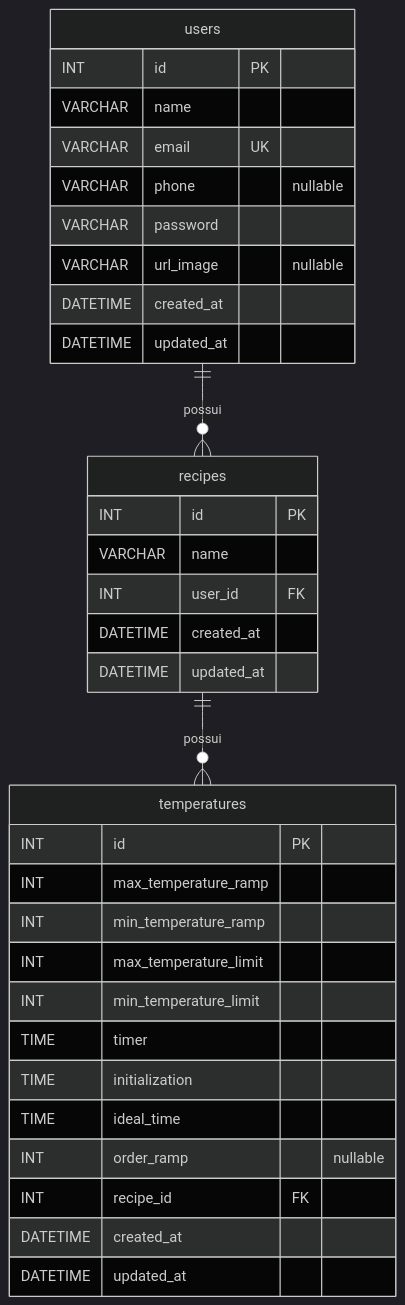
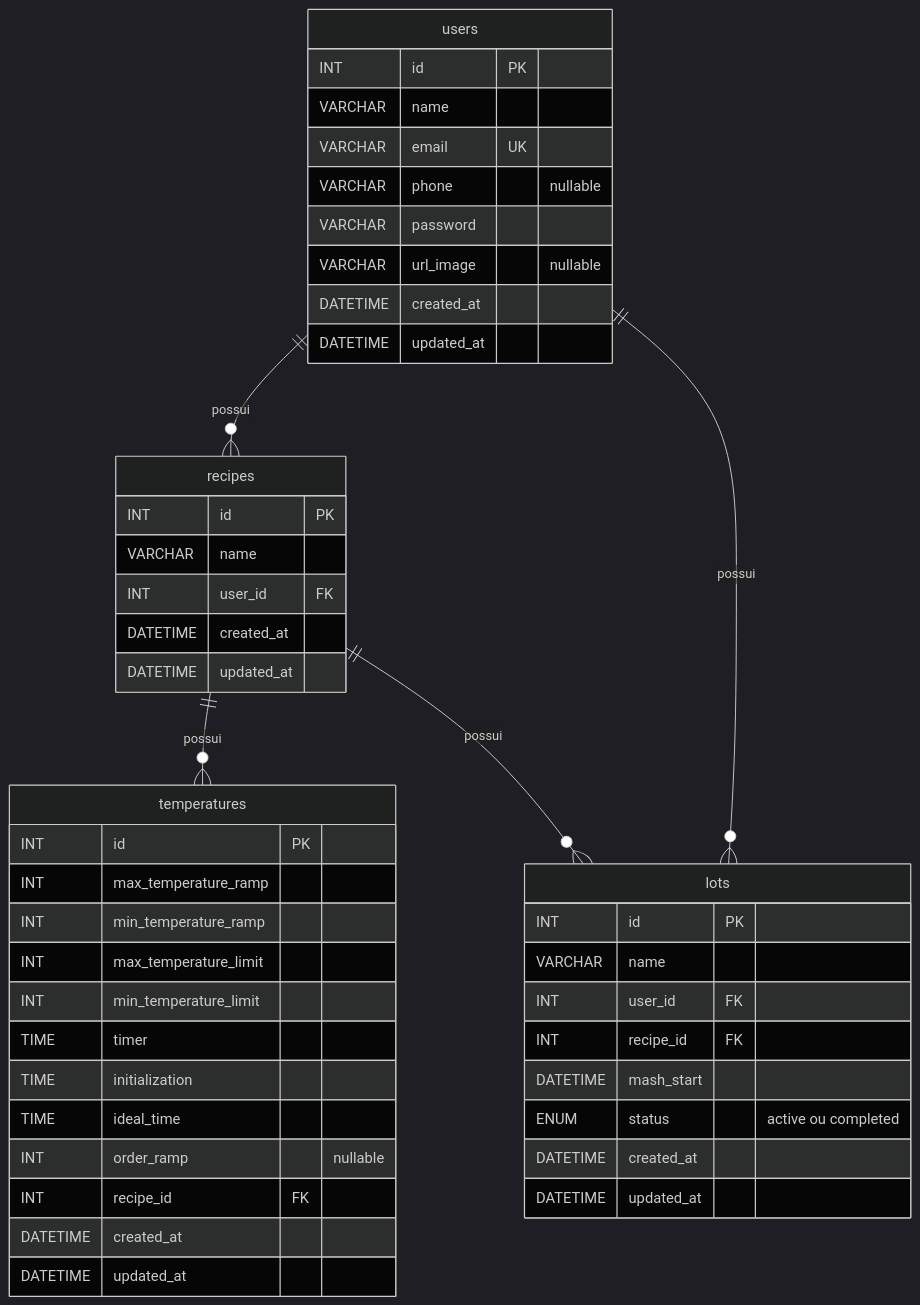
The diagram in README.md (conloq/database), drawn with Mermaid (dark theme) before and after one commit. The commit also changed other lines of this file and 2 other files, not shown here.

Commit message:
docs: incluir a tabela lots no MER implementado (#87)
lots entra no diagrama implementado por decisao de 29/10/2026, antes da migration da #31 entrar na main do Back-End. Se a #31 nao entrar ate 03/11/2026, lots volta para o bloco planejado.

````diff
--- a/README.md
+++ b/README.md
@@ -31,37 +31,49 @@
 ```mermaid
 erDiagram
     users ||--o{ recipes : possui
     recipes ||--o{ temperatures : possui
+    users ||--o{ lots : possui
+    recipes ||--o{ lots : possui
 
     users {
         INT id PK
         VARCHAR name
         VARCHAR email UK
         VARCHAR phone "nullable"
         VARCHAR password
         VARCHAR url_image "nullable"
         DATETIME created_at
         DATETIME updated_at
     }
     recipes {
         INT id PK
         VARCHAR name
         INT user_id FK
         DATETIME created_at
         DATETIME updated_at
     }
     temperatures {
         INT id PK
         INT max_temperature_ramp
         INT min_temperature_ramp
         INT max_temperature_limit
         INT min_temperature_limit
         TIME timer
         TIME initialization
         TIME ideal_time
         INT order_ramp "nullable"
         INT recipe_id FK
         DATETIME created_at
         DATETIME updated_at
     }
+    lots {
+        INT id PK
+        VARCHAR name
+        INT user_id FK
+        INT recipe_id FK
+        DATETIME mash_start
+        ENUM status "active ou completed"
+        DATETIME created_at
+        DATETIME updated_at
+    }
 ```
````
